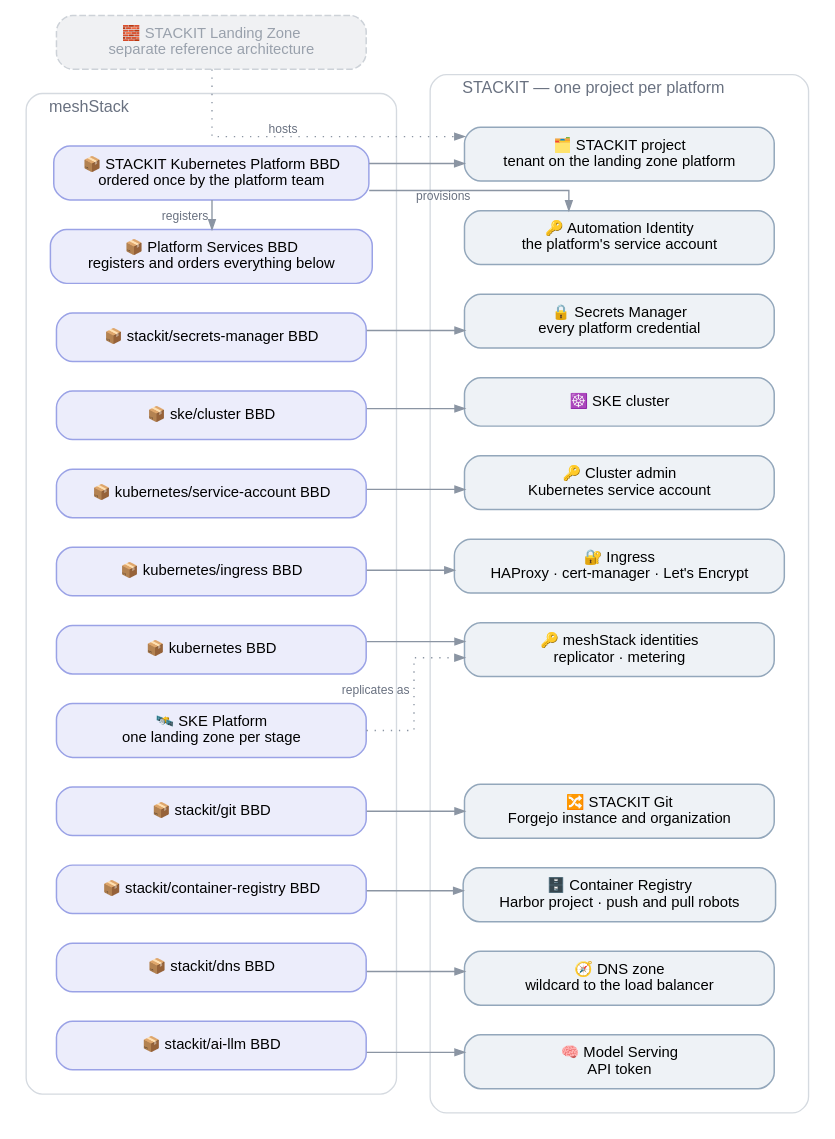
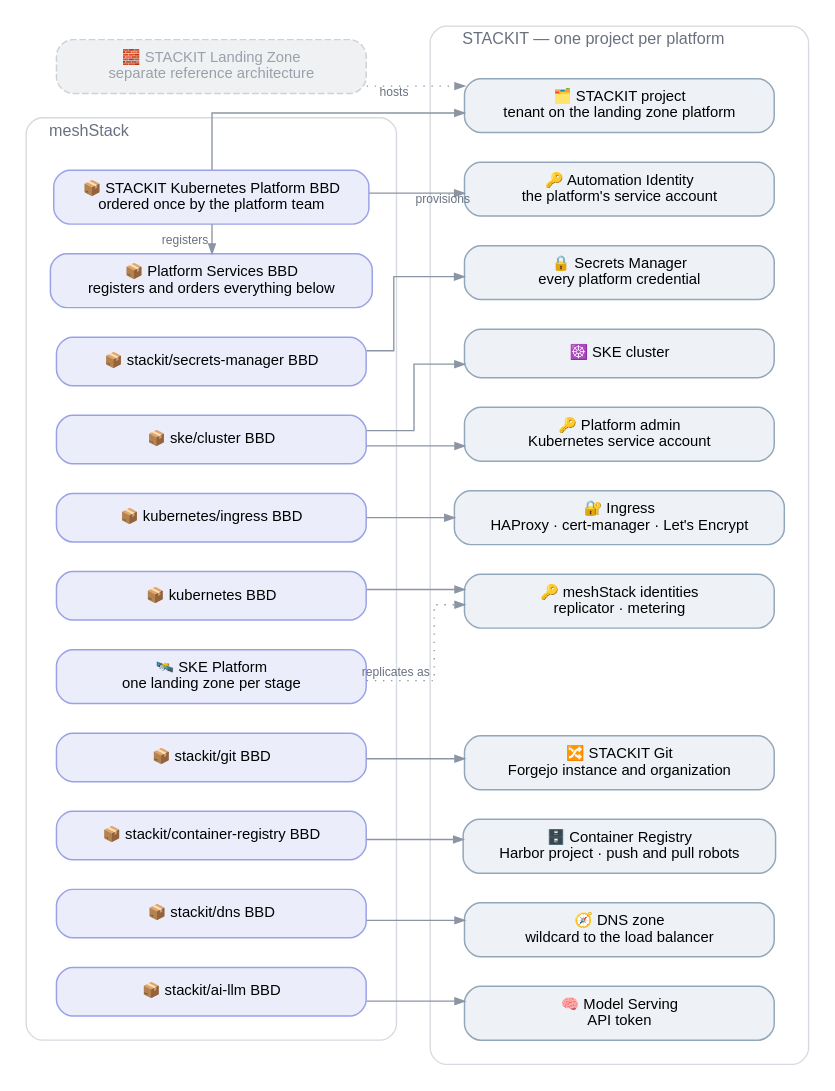
One commit to meshcloud/meshstack-hub changed the diagram in reference-architectures/stackit-kubernetes/stackit-kubernetes.dot. Above: the diagram before and after it, drawn with Graphviz. The commit also changed 13 other files, not shown here.

First line of the commit message:
feat(ref-arch/stackit-kubernetes)!: rotate the cluster tokens monthly and drop the Kubernetes Platform Admin

```diff
--- a/reference-architectures/stackit-kubernetes/stackit-kubernetes.dot
+++ b/reference-architectures/stackit-kubernetes/stackit-kubernetes.dot
@@ -1,86 +1,85 @@
 /*
  * STACKIT Kubernetes (SKE) reference architecture — platform-team view: the definitions the platform
  * registers and what each provisions. The per-application-team view is
  * stackit-kubernetes-app-team.dot; the building block tree is stackit-kubernetes-building-blocks.dot.
  * rankdir=LR stacks each column top-down, so the diagram stays narrow.
  * Conventions: .agents/references/diagrams.md — render with: task diagrams
  */
 digraph stackit_kubernetes_platform {
   rankdir=LR
   splines=ortho
   forcelabels=true
   bgcolor="white"
   nodesep=0.3
   ranksep=0.85
 
   node [shape=box style="rounded,filled" fontname="Helvetica" fontsize=11
         fillcolor="#ffffff" color="#a2abb8" penwidth=1.1 margin="0.20,0.11" width=3.2]
   edge [fontname="Helvetica" fontsize=9 fontcolor="#697180" color="#8b95a3" arrowsize=0.7]
 
   LZBB [label="🧱 STACKIT Landing Zone\nseparate reference architecture"
         style="rounded,filled,dashed" fillcolor="#f0f1f3" color="#cdd2d8" fontcolor="#99a1ac"]
 
   subgraph cluster_mesh {
     label="  meshStack"
     labeljust=l
     fontname="Helvetica" fontsize=12 fontcolor="#697180"
     style="rounded" color="#d5dae0"
     margin=18
 
     OUTER  [label="📦 STACKIT Kubernetes Platform BBD\nordered once by the platform team" fillcolor="#ecedfb" color="#9aa2e6"]
     SVC    [label="📦 Platform Services BBD\nregisters and orders everything below" fillcolor="#ecedfb" color="#9aa2e6"]
     BBD_S  [label="📦 stackit/secrets-manager BBD" fillcolor="#ecedfb" color="#9aa2e6"]
     BBD_K  [label="📦 ske/cluster BBD" fillcolor="#ecedfb" color="#9aa2e6"]
-    BBD_SA [label="📦 kubernetes/service-account BBD" fillcolor="#ecedfb" color="#9aa2e6"]
     BBD_I  [label="📦 kubernetes/ingress BBD" fillcolor="#ecedfb" color="#9aa2e6"]
     BBD_A  [label="📦 kubernetes BBD" fillcolor="#ecedfb" color="#9aa2e6"]
     PLAT   [label="🛰️ SKE Platform\none landing zone per stage" fillcolor="#ecedfb" color="#9aa2e6"]
     BBD_G  [label="📦 stackit/git BBD" fillcolor="#ecedfb" color="#9aa2e6"]
     BBD_H  [label="📦 stackit/container-registry BBD" fillcolor="#ecedfb" color="#9aa2e6"]
     BBD_D  [label="📦 stackit/dns BBD" fillcolor="#ecedfb" color="#9aa2e6"]
     BBD_M  [label="📦 stackit/ai-llm BBD" fillcolor="#ecedfb" color="#9aa2e6"]
 
     // Under rankdir=LR a same-rank chain stacks upwards, so it runs bottom to top.
-    { rank=same; BBD_M -> BBD_D -> BBD_H -> BBD_G -> PLAT -> BBD_A -> BBD_I -> BBD_SA -> BBD_K -> BBD_S -> SVC [style=invis] }
+    { rank=same; BBD_M -> BBD_D -> BBD_H -> BBD_G -> PLAT -> BBD_A -> BBD_I -> BBD_K -> BBD_S -> SVC [style=invis] }
     { rank=same; SVC -> OUTER [dir=back xlabel="registers"] }
   }
 
   subgraph cluster_stackit {
     label="  STACKIT — one project per platform"
     labeljust=l
     fontname="Helvetica" fontsize=12 fontcolor="#697180"
     style="rounded" color="#d5dae0"
     margin=18
 
     PROJ   [label="🗂️ STACKIT project\ntenant on the landing zone platform" fillcolor="#eef2f6" color="#93a7bb"]
     SA     [label="🔑 Automation Identity\nthe platform's service account" fillcolor="#eef2f6" color="#93a7bb"]
     SM     [label="🔒 Secrets Manager\nevery platform credential" fillcolor="#eef2f6" color="#93a7bb"]
     SKE    [label="☸️ SKE cluster" fillcolor="#eef2f6" color="#93a7bb"]
-    KSA    [label="🔑 Cluster admin\nKubernetes service account" fillcolor="#eef2f6" color="#93a7bb"]
+    KSA    [label="🔑 Platform admin\nKubernetes service account" fillcolor="#eef2f6" color="#93a7bb"]
     ING    [label="🔐 Ingress\nHAProxy · cert-manager · Let's Encrypt" fillcolor="#eef2f6" color="#93a7bb"]
     AGENT  [label="🔑 meshStack identities\nreplicator · metering" fillcolor="#eef2f6" color="#93a7bb"]
     GIT    [label="🔀 STACKIT Git\nForgejo instance and organization" fillcolor="#eef2f6" color="#93a7bb"]
     HARBOR [label="🗄️ Container Registry\nHarbor project · push and pull robots" fillcolor="#eef2f6" color="#93a7bb"]
     DNS    [label="🧭 DNS zone\nwildcard to the load balancer" fillcolor="#eef2f6" color="#93a7bb"]
     MODEL  [label="🧠 Model Serving\nAPI token" fillcolor="#eef2f6" color="#93a7bb"]
 
     // Keeps each resource level with its definition opposite the SKE Platform row.
     PAD [style=invis label=""]
 
     { rank=same; MODEL -> DNS -> HARBOR -> GIT -> PAD -> AGENT -> ING -> KSA -> SKE -> SM -> SA -> PROJ [style=invis] }
   }
 
   LZBB  -> PROJ   [xlabel="hosts" style=dotted]
   OUTER -> PROJ
   OUTER -> SA     [xlabel="provisions"]
   BBD_S -> SM
   BBD_K -> SKE
-  BBD_SA -> KSA
+  BBD_K -> KSA
   BBD_I -> ING
   BBD_A -> AGENT
   PLAT  -> AGENT  [xlabel="replicates as" style=dotted]
   BBD_G -> GIT
   BBD_H -> HARBOR
   BBD_D -> DNS
   BBD_M -> MODEL
 }
```
